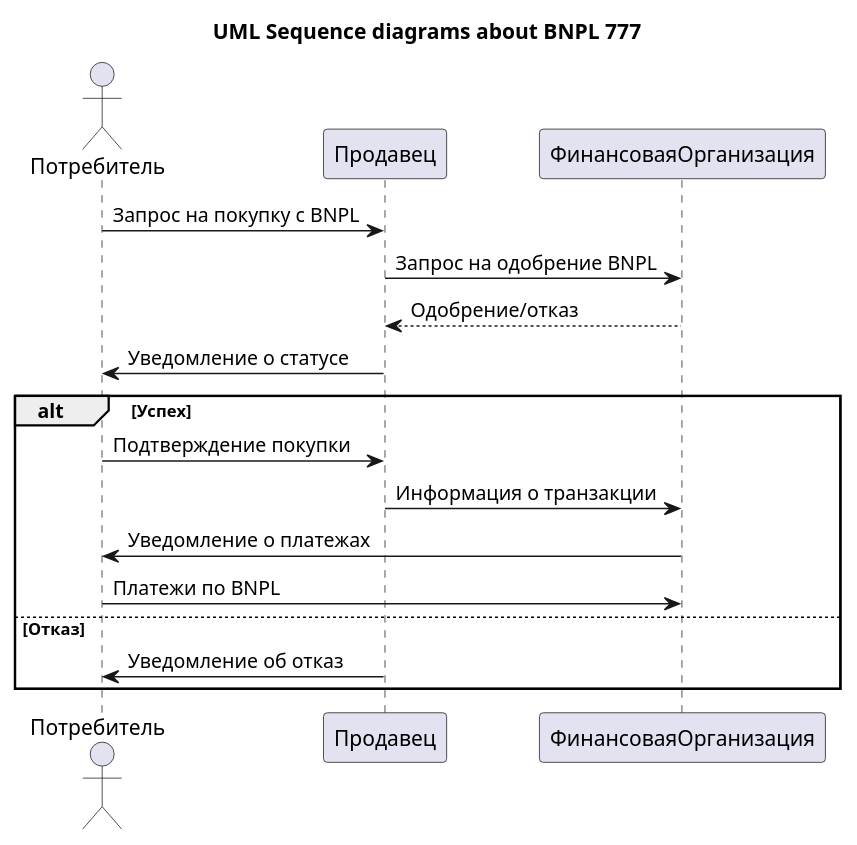
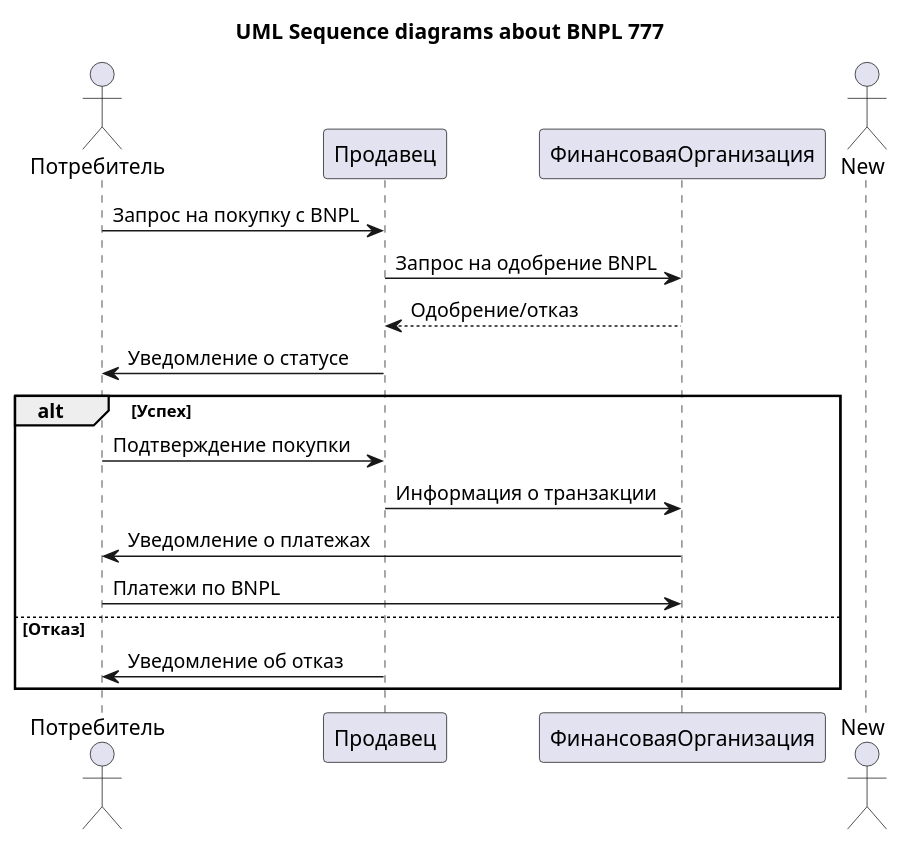
One commit to MinElmir/MVP changed the diagram in test_delet.puml. Above: the diagram before and after it, drawn with PlantUML.

```diff
--- a/test_delet.puml
+++ b/test_delet.puml
@@ -1,21 +1,21 @@
 @startuml название диаграммы
 title "UML Sequence diagrams about BNPL 777"
     actor Потребитель
     participant Продавец
     participant ФинансоваяОрганизация
 
     Потребитель->Продавец: Запрос на покупку с BNPL
     Продавец->ФинансоваяОрганизация: Запрос на одобрение BNPL
     ФинансоваяОрганизация-->Продавец: Одобрение/отказ
     Продавец->Потребитель: Уведомление о статусе
 
     alt Успех
         Потребитель->Продавец: Подтверждение покупки
         Продавец->ФинансоваяОрганизация: Информация о транзакции
         ФинансоваяОрганизация->Потребитель: Уведомление о платежах
         Потребитель->ФинансоваяОрганизация: Платежи по BNPL
     else Отказ
         Продавец->Потребитель: Уведомление об отказ
     end
-    
+    actor New
 @enduml
```
